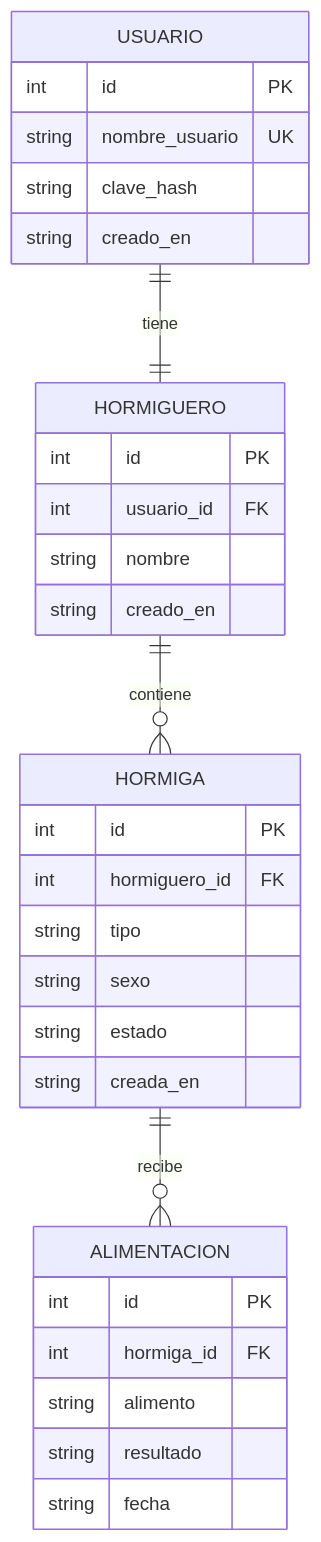
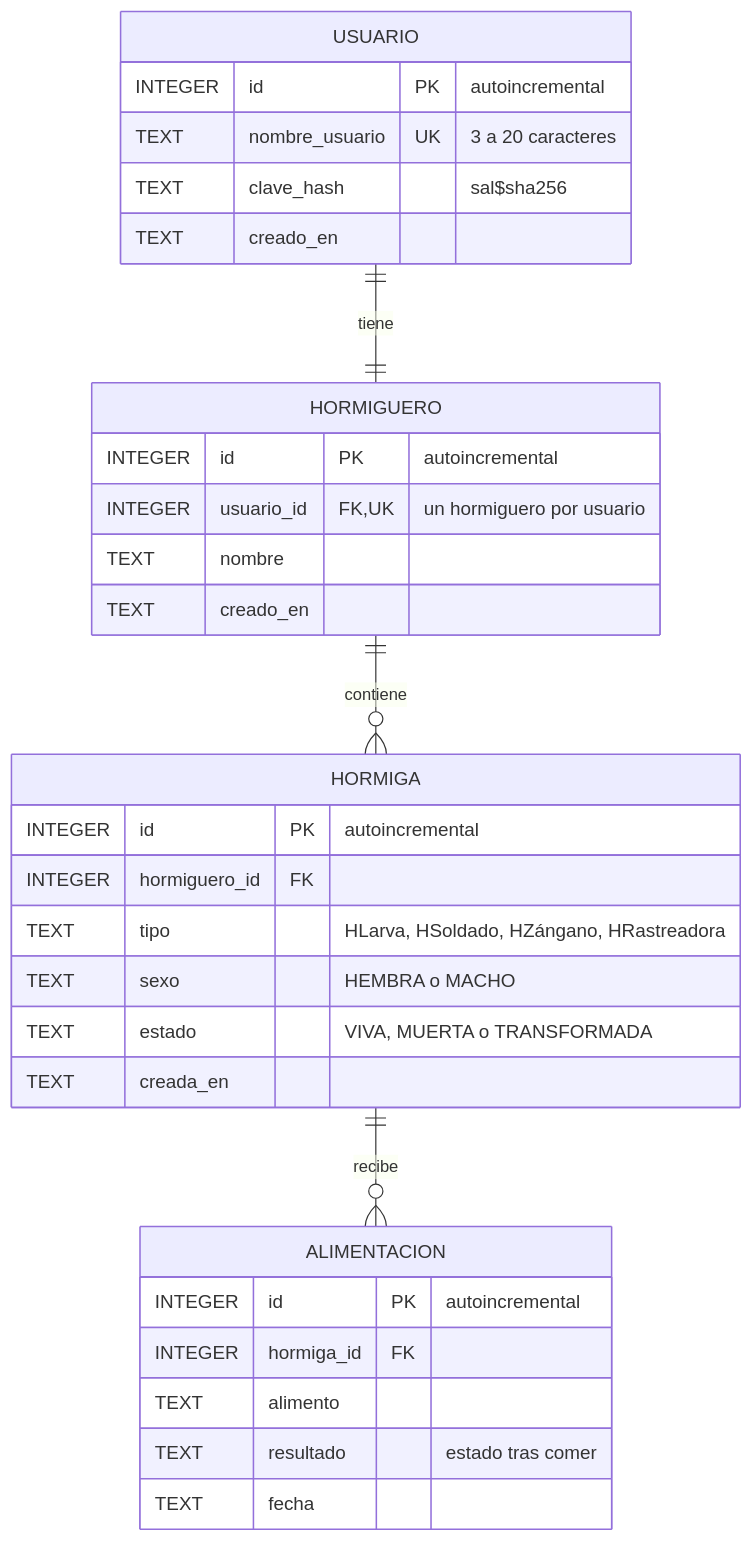
Before and after one commit to papasfritasovo1997-cyber/Prueba-Hop: the diagram in docs/diagramas/modelo-er.md, drawn with Mermaid. The commit also changed other lines of this file and 19 other files, not shown here.

````diff
--- a/docs/diagramas/modelo-er.md
+++ b/docs/diagramas/modelo-er.md
@@ -7,34 +9,34 @@
 ```mermaid
 erDiagram
     USUARIO ||--|| HORMIGUERO : "tiene"
     HORMIGUERO ||--o{ HORMIGA : "contiene"
     HORMIGA ||--o{ ALIMENTACION : "recibe"
 
     USUARIO {
-        int id PK
-        string nombre_usuario UK
-        string clave_hash
-        string creado_en
+        INTEGER id PK "autoincremental"
+        TEXT nombre_usuario UK "3 a 20 caracteres"
+        TEXT clave_hash "sal$sha256"
+        TEXT creado_en
     }
     HORMIGUERO {
-        int id PK
-        int usuario_id FK
-        string nombre
-        string creado_en
+        INTEGER id PK "autoincremental"
+        INTEGER usuario_id FK,UK "un hormiguero por usuario"
+        TEXT nombre
+        TEXT creado_en
     }
     HORMIGA {
-        int id PK
-        int hormiguero_id FK
-        string tipo
-        string sexo
-        string estado
-        string creada_en
+        INTEGER id PK "autoincremental"
+        INTEGER hormiguero_id FK
+        TEXT tipo "HLarva, HSoldado, HZángano, HRastreadora"
+        TEXT sexo "HEMBRA o MACHO"
+        TEXT estado "VIVA, MUERTA o TRANSFORMADA"
+        TEXT creada_en
     }
     ALIMENTACION {
-        int id PK
-        int hormiga_id FK
-        string alimento
-        string resultado
-        string fecha
+        INTEGER id PK "autoincremental"
+        INTEGER hormiga_id FK
+        TEXT alimento
+        TEXT resultado "estado tras comer"
+        TEXT fecha
     }
 ```
````
